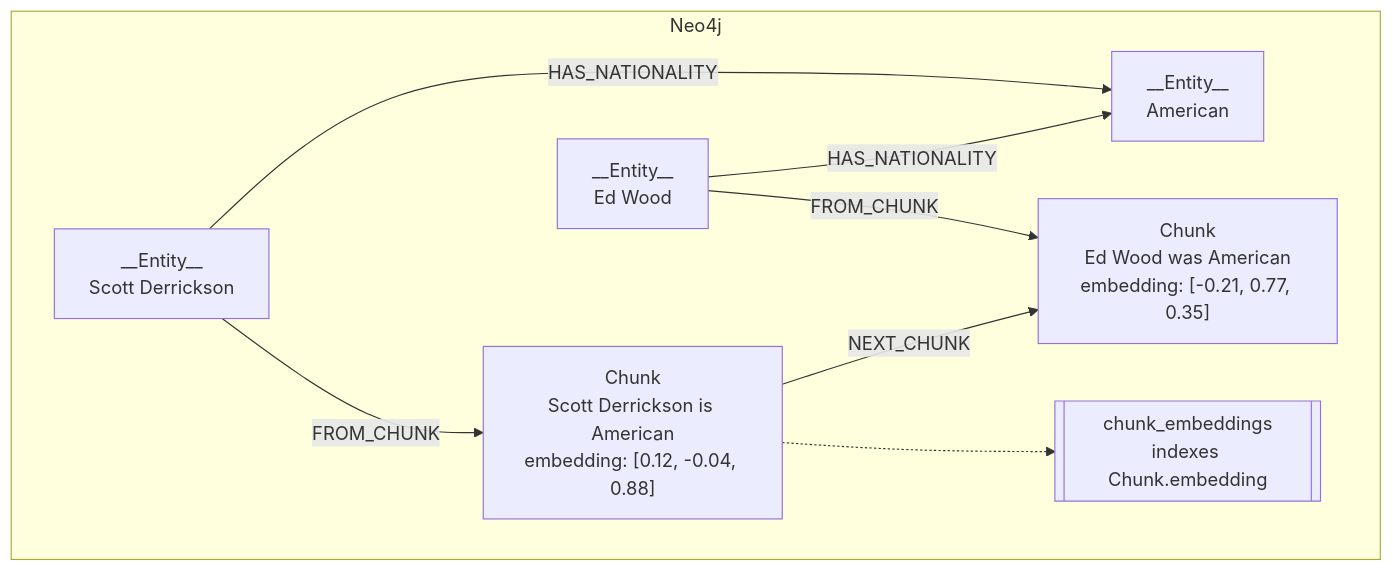
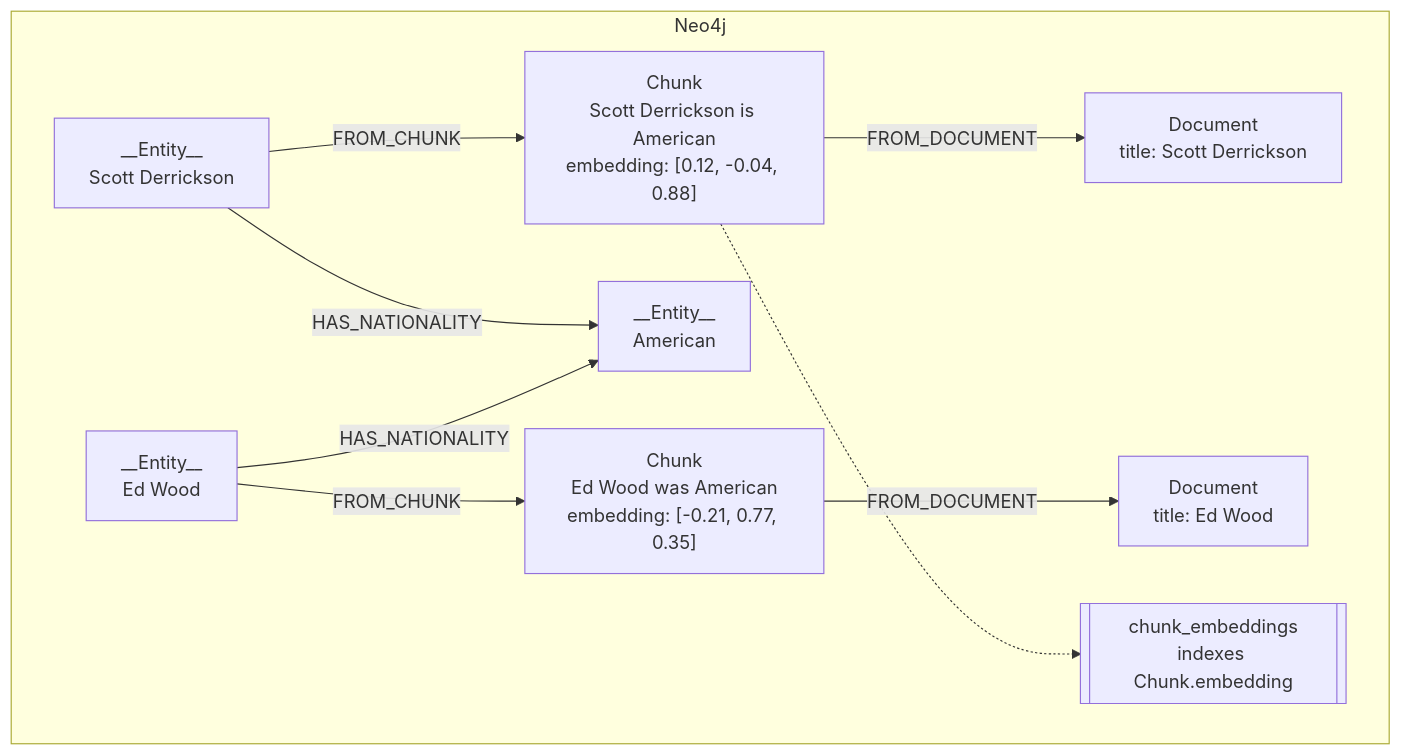
Before and after one commit to udit19199/RecRAG: the fourth of 4 diagrams in docs/graphrag/construction.md, drawn with Mermaid. The commit also changed other lines of this file and 12 other files, not shown here.

````diff
--- a/docs/graphrag/construction.md
+++ b/docs/graphrag/construction.md
@@ -131,18 +163,21 @@
 ```mermaid
 graph TD
     subgraph NEO4J["Neo4j"]
         chunk1["Chunk<br/>Scott Derrickson is American<br/>embedding: [0.12, -0.04, 0.88]"]
         chunk2["Chunk<br/>Ed Wood was American<br/>embedding: [-0.21, 0.77, 0.35]"]
+        page1["Document<br/>title: Scott Derrickson"]
+        page2["Document<br/>title: Ed Wood"]
         scott["__Entity__<br/>Scott Derrickson"]
         ed["__Entity__<br/>Ed Wood"]
         american["__Entity__<br/>American"]
         chunk_index[["chunk_embeddings<br/>indexes Chunk.embedding"]]
 
         scott -->|HAS_NATIONALITY| american
         ed -->|HAS_NATIONALITY| american
         scott -->|FROM_CHUNK| chunk1
         ed -->|FROM_CHUNK| chunk2
-        chunk1 -->|NEXT_CHUNK| chunk2
+        chunk1 -->|FROM_DOCUMENT| page1
+        chunk2 -->|FROM_DOCUMENT| page2
         chunk1 -.-> chunk_index
     end
 ```
````
